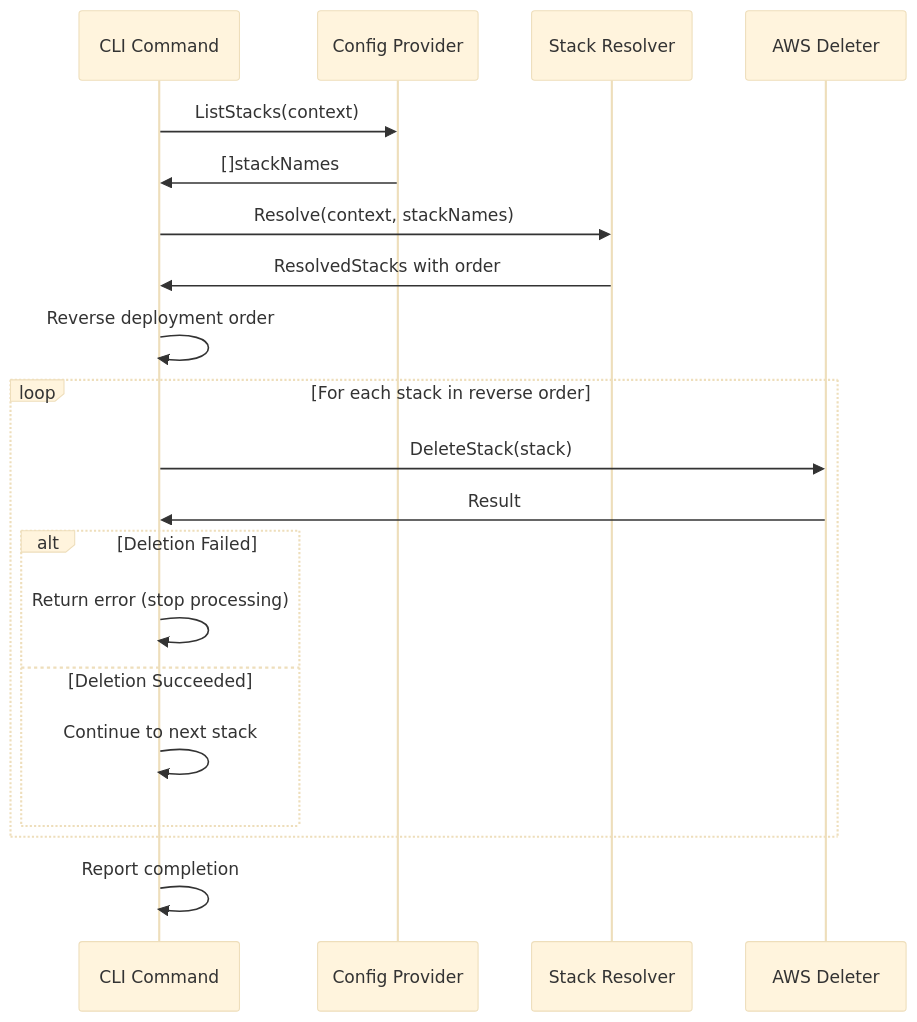
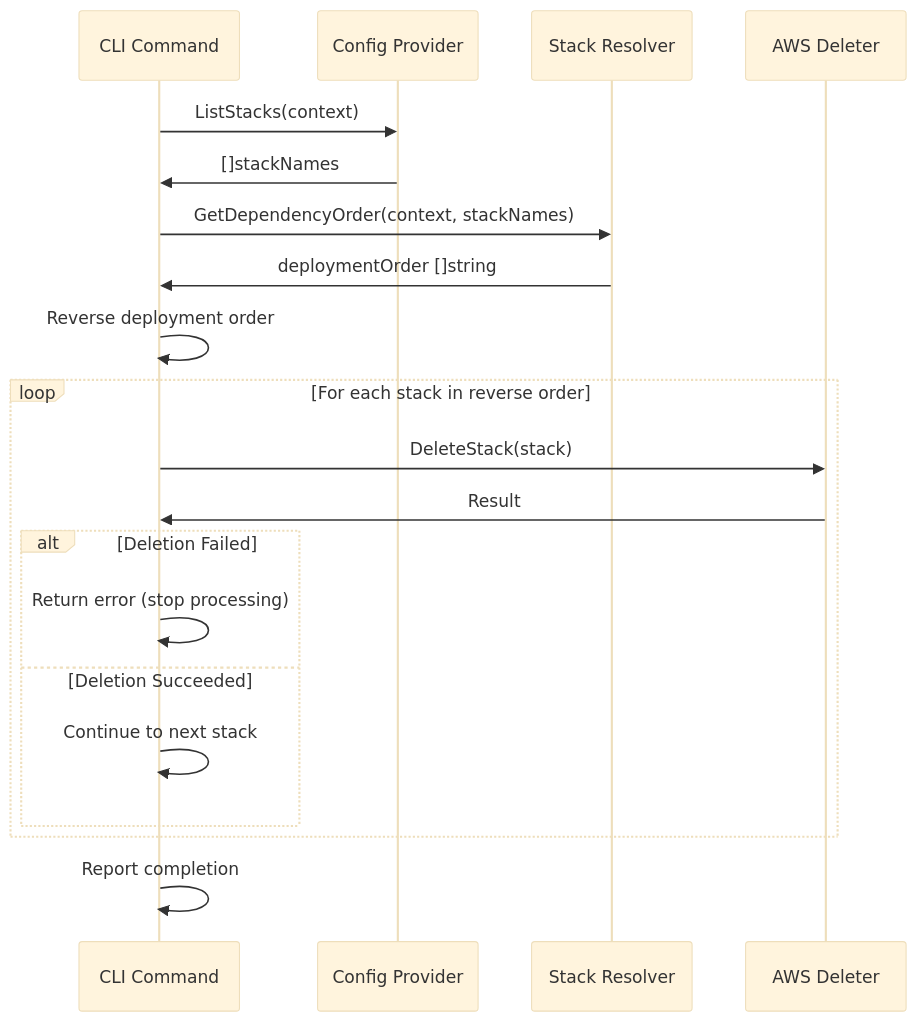
Before and after one commit to orien/stackaroo: the ninth of 14 diagrams in docs/architecture/delete.md, drawn with Mermaid (base theme). The commit also changed other lines of this file and 7 other files, not shown here.

First line of the commit message:
refactor: remove unused ResolveStacks function and ResolvedStacks struct

````diff
--- a/docs/architecture/delete.md
+++ b/docs/architecture/delete.md
@@ -290,28 +290,28 @@
 ```mermaid
 sequenceDiagram
     participant CLI as CLI Command
     participant Config as Config Provider
     participant Resolver as Stack Resolver
     participant Deleter as AWS Deleter
 
     CLI->>Config: ListStacks(context)
     Config->>CLI: []stackNames
 
-    CLI->>Resolver: Resolve(context, stackNames)
-    Resolver->>CLI: ResolvedStacks with order
+    CLI->>Resolver: GetDependencyOrder(context, stackNames)
+    Resolver->>CLI: deploymentOrder []string
 
     CLI->>CLI: Reverse deployment order
 
     loop For each stack in reverse order
         CLI->>Deleter: DeleteStack(stack)
         Deleter->>CLI: Result
 
         alt Deletion Failed
             CLI->>CLI: Return error (stop processing)
         else Deletion Succeeded
             CLI->>CLI: Continue to next stack
         end
     end
 
     CLI->>CLI: Report completion
 ```
````
